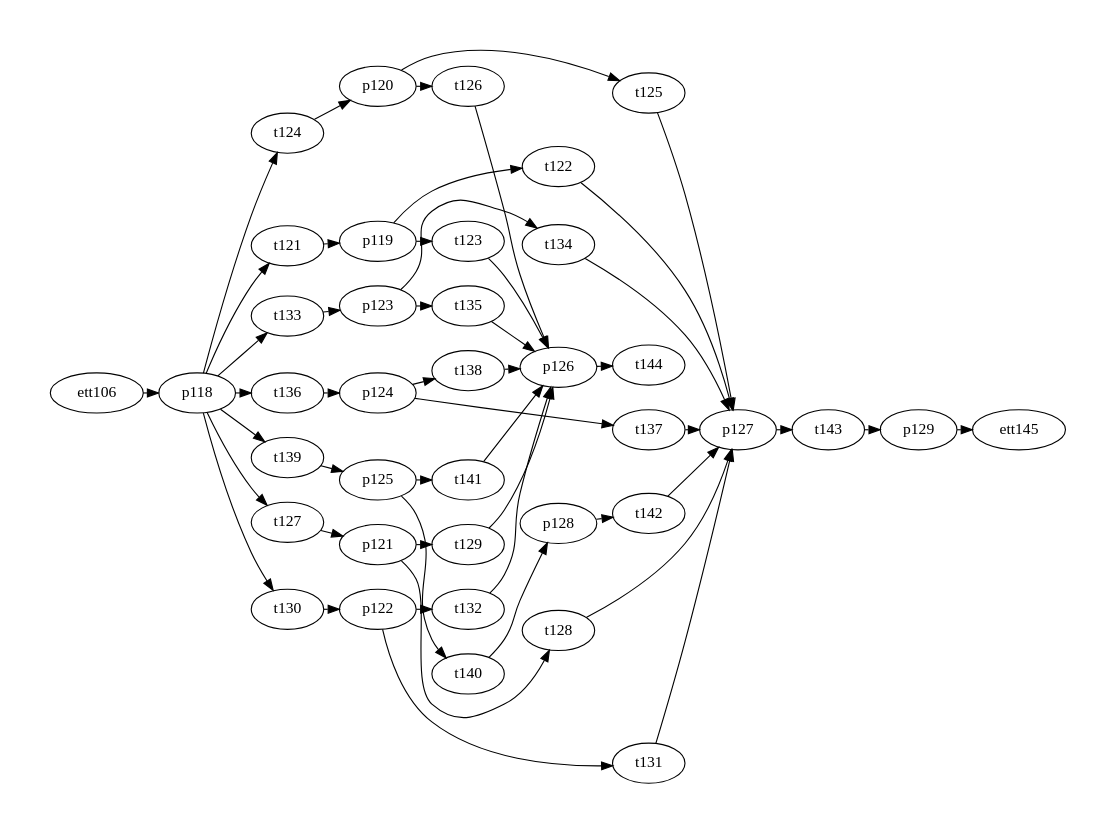
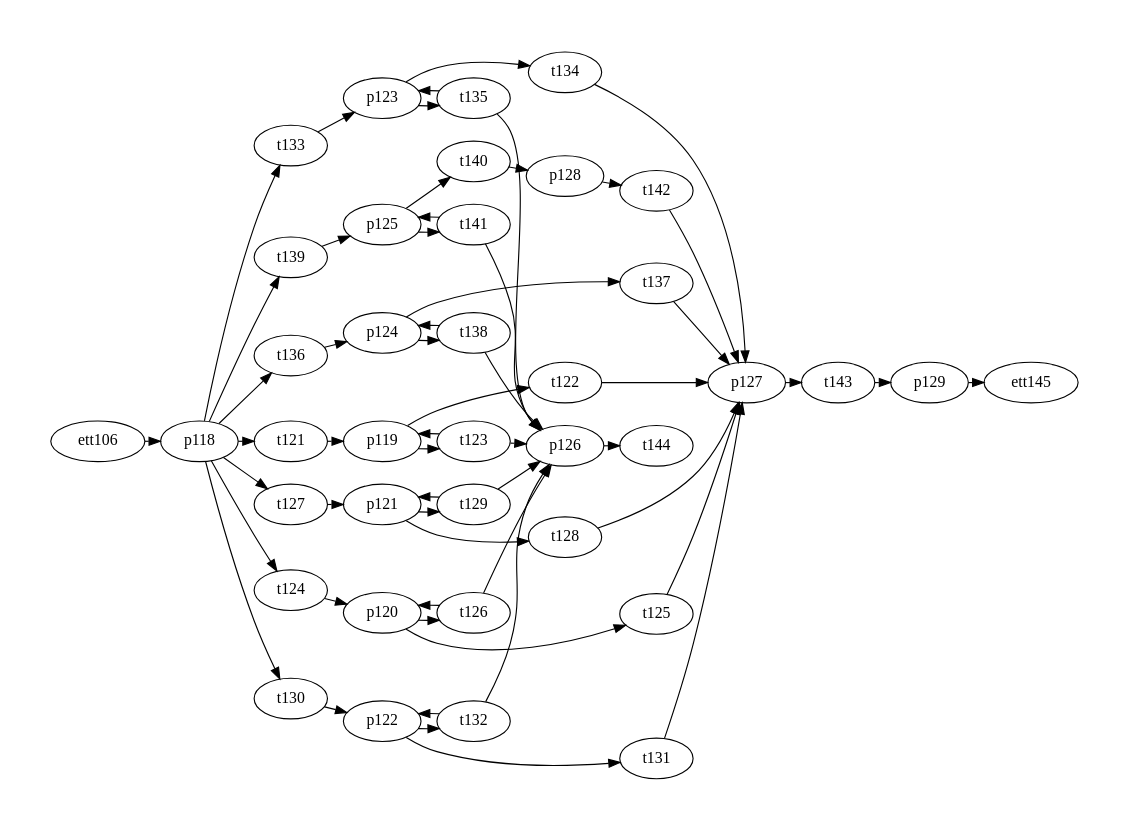
Before and after one commit to Accacio/docsTCC: the diagram in figures/petriNets/dot/8-storageX/storageX.dot, drawn with Graphviz. The commit also changed 3 other files, not shown here.

```diff
--- a/figures/petriNets/dot/8-storageX/storageX.dot
+++ b/figures/petriNets/dot/8-storageX/storageX.dot
@@ -1,137 +1,143 @@
 
 digraph A {
     # splines = ortho
     rankdir=LR;
     ratio=fill
     graph [pad="0.5", nodesep="0.25", ranksep="0.2"];
     margin=0;
     size="11.7,8.3!"
 
 # Módulo armazenador (x)
 
     p118
     p119
     p120
     p121
     p122
     p123
     p124
     p125
     p126
     p127
     p128
     p129
 
     t121
     t122
     t123
     t124
     t125
     t126
     t127
     t128
     t129
     t130
     t131
     t132
     t133
     t134
     t135
     t136
     t137
     t138
     t139
     t140
     t141
     t142
 
     
 # subgraph cluster_8 {
 #   label="Storage (x)";
 #   labelloc = b
 #   style="dashed"
   # color="red"
 
   # pre
 
   p118 -> t121
   p118 -> t124
   p118 -> t127
   p118 -> t130
   p118 -> t133
   p118 -> t136
   p118 -> t139
 
   p119 -> t122
   p119 -> t123
 
   p120 -> t125
   p120 -> t126
 
   p121 -> t128
   p121 -> t129
 
   p122 -> t131
   p122 -> t132
 
   p123 -> t134
   p123 -> t135
 
   p124 -> t137
   p124 -> t138
 
   p125 -> t140
   p125 -> t141
 
   p126 -> t144
 
   p127 -> t143
 
   p128 -> t142
 
 
 
   #pos
 
   t121 -> p119
   t122 -> p127
   t123 -> p126
+  t123 -> p119
 
   t124 -> p120
   t125 -> p127
   t126 -> p126
+  t126 -> p120
 
   t127 -> p121
   t128 -> p127
   t129 -> p126
+  t129 -> p121
 
   t130 -> p122
   t131 -> p127
   t132 -> p126
+  t132 -> p122
 
   t133 -> p123
   t134 -> p127
   t135 -> p126
+  t135 -> p123
 
   t136 -> p124
   t137 -> p127
   t138 -> p126
+  t138 -> p124
 
   t139 -> p125
   t140 -> p128
-
-  t141 -> p126
+  t141 -> p126  
+  t141 -> p125
 
   t142 -> p127
   t143 -> p129
 
-  
+       
 
   
 # }
 ett106
 ett106 -> p118
 
 ett145
 p129 ->  ett145
 }
```
